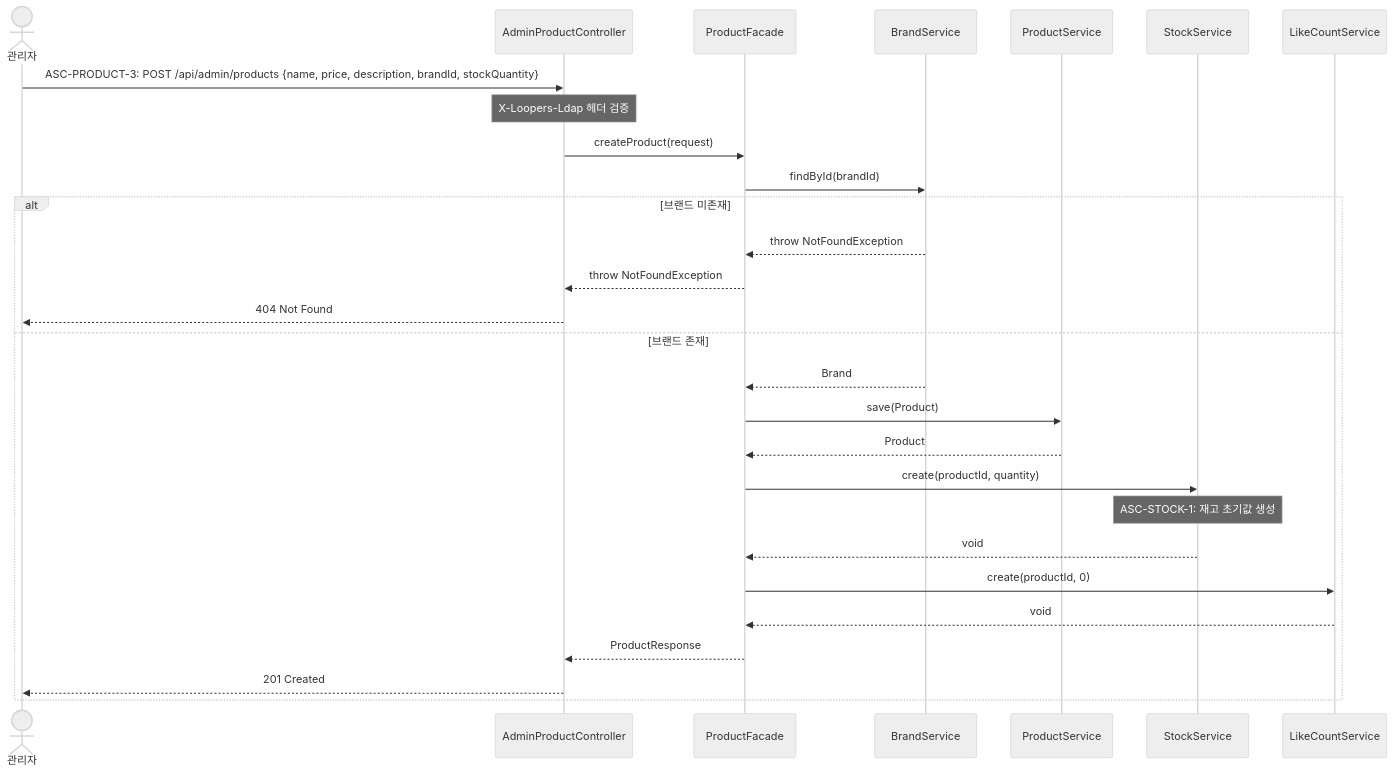
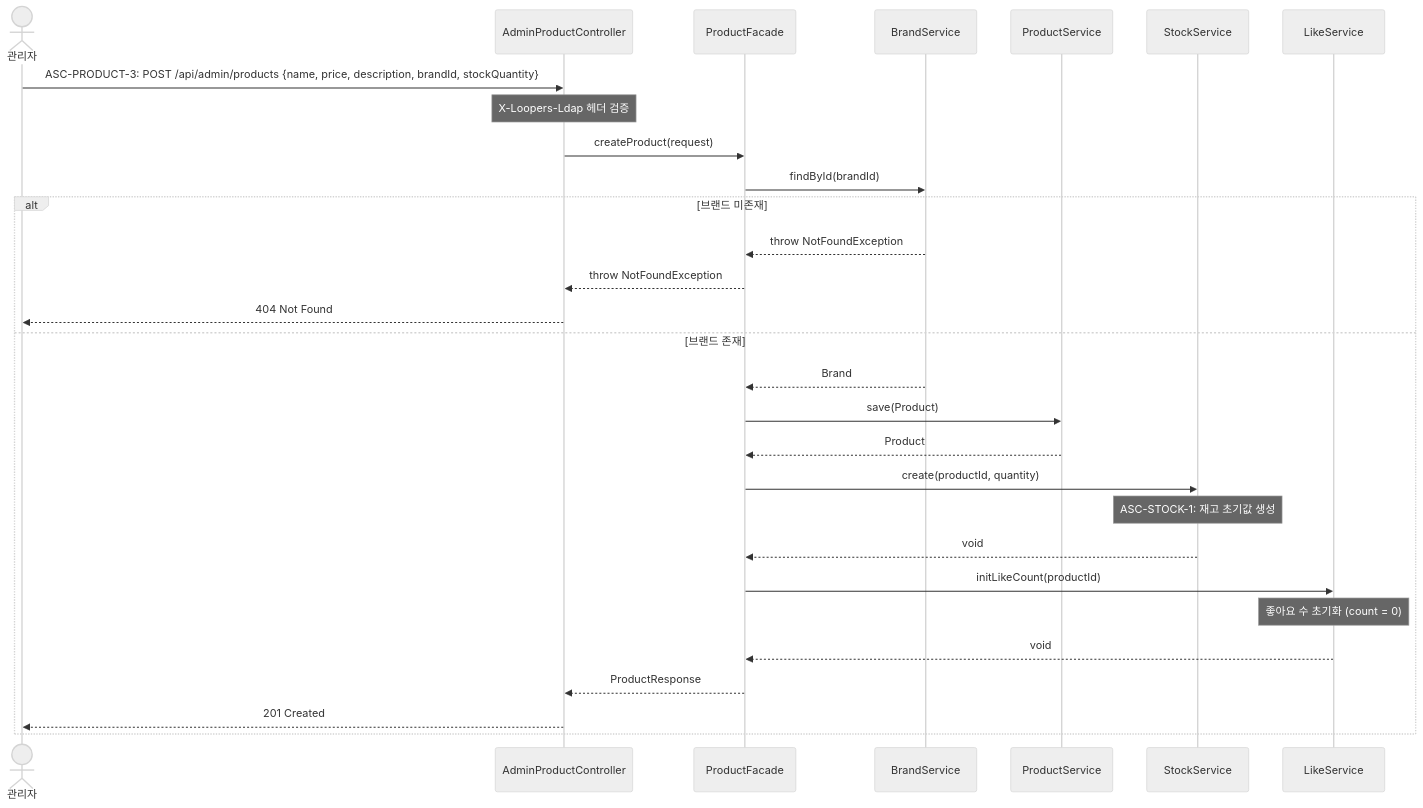
Diagram 17 of 38 in docs/02-sequence-diagrams.md (loopers-labs/loop-pack-be-l2-vol4-kotlin), drawn with Mermaid (neutral theme) before and after one commit. The commit also changed other lines of this file and 3 other files, not shown here.

````diff
--- a/docs/02-sequence-diagrams.md
+++ b/docs/02-sequence-diagrams.md
@@ -532,33 +522,34 @@
 ```mermaid
 sequenceDiagram
     actor Admin as 관리자
     participant Controller as AdminProductController
     participant Facade as ProductFacade
     participant BrandService as BrandService
     participant ProductService as ProductService
     participant StockService as StockService
-    participant LikeCountService as LikeCountService
+    participant LikeService as LikeService
 
     Admin->>Controller: ASC-PRODUCT-3: POST /api/admin/products {name, price, description, brandId, stockQuantity}
     Note over Controller: X-Loopers-Ldap 헤더 검증
 
     Controller->>Facade: createProduct(request)
     Facade->>BrandService: findById(brandId)
 
     alt 브랜드 미존재
         BrandService-->>Facade: throw NotFoundException
         Facade-->>Controller: throw NotFoundException
         Controller-->>Admin: 404 Not Found
     else 브랜드 존재
         BrandService-->>Facade: Brand
         Facade->>ProductService: save(Product)
         ProductService-->>Facade: Product
         Facade->>StockService: create(productId, quantity)
         Note over StockService: ASC-STOCK-1: 재고 초기값 생성
         StockService-->>Facade: void
-        Facade->>LikeCountService: create(productId, 0)
-        LikeCountService-->>Facade: void
+        Facade->>LikeService: initLikeCount(productId)
+        Note over LikeService: 좋아요 수 초기화 (count = 0)
+        LikeService-->>Facade: void
         Facade-->>Controller: ProductResponse
         Controller-->>Admin: 201 Created
     end
 ```
````
